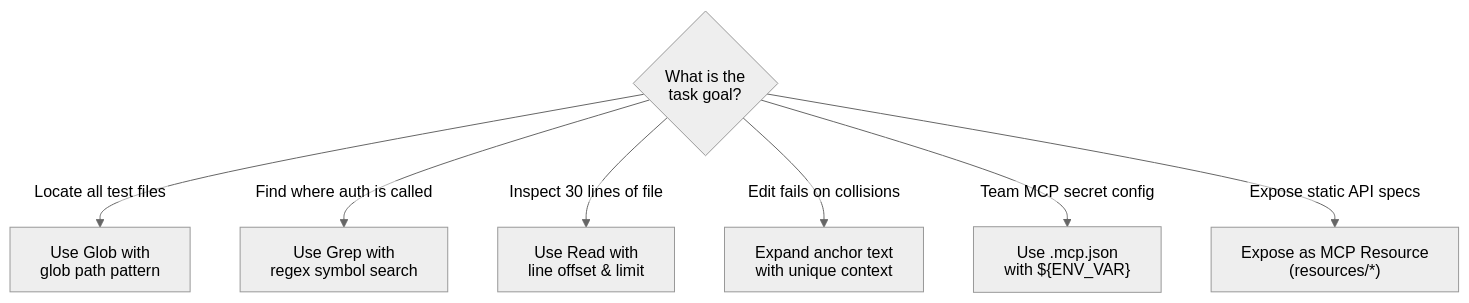
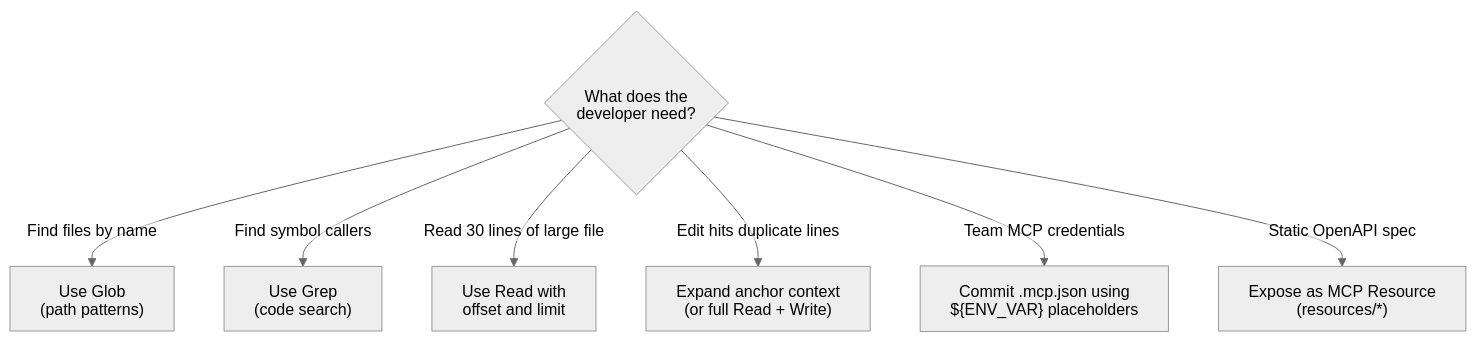
The second of 2 diagrams in scenarios/scenario_4_developer_productivity/SCENARIO_GUIDE.md (dip4k/claude_cert_architect_foundation_prep), drawn with Mermaid (neutral theme) before and after one commit. The commit also changed other lines of this file and 13 other files, not shown here.

````diff
--- a/scenarios/scenario_4_developer_productivity/SCENARIO_GUIDE.md
+++ b/scenarios/scenario_4_developer_productivity/SCENARIO_GUIDE.md
@@ -66,13 +73,13 @@
 ```mermaid
 ---
 config:
   htmlLabels: false
 ---
 flowchart TD
-    Q{"What is the<br>task goal?"} -->|"Locate all test files"| GlobTool["Use Glob with<br>glob path pattern"]
-    Q -->|"Find where auth is called"| GrepTool["Use Grep with<br>regex symbol search"]
-    Q -->|"Inspect 30 lines of file"| ReadTool["Use Read with<br>line offset & limit"]
-    Q -->|"Edit fails on collisions"| Expand["Expand anchor text<br>with unique context"]
-    Q -->|"Team MCP secret config"| McpSecret["Use .mcp.json<br>with ${ENV_VAR}"]
-    Q -->|"Expose static API specs"| McpRes["Expose as MCP Resource<br>(resources/*)"]
+    Q{"What does the<br>developer need?"} -->|"Find files by name"| GlobTool["Use Glob<br>(path patterns)"]
+    Q -->|"Find symbol callers"| GrepTool["Use Grep<br>(code search)"]
+    Q -->|"Read 30 lines of large file"| ReadTool["Use Read with<br>offset and limit"]
+    Q -->|"Edit hits duplicate lines"| Expand["Expand anchor context<br>(or full Read + Write)"]
+    Q -->|"Team MCP credentials"| McpSecret["Commit .mcp.json using<br>${ENV_VAR} placeholders"]
+    Q -->|"Static OpenAPI spec"| McpRes["Expose as MCP Resource<br>(resources/*)"]
 ```
````
